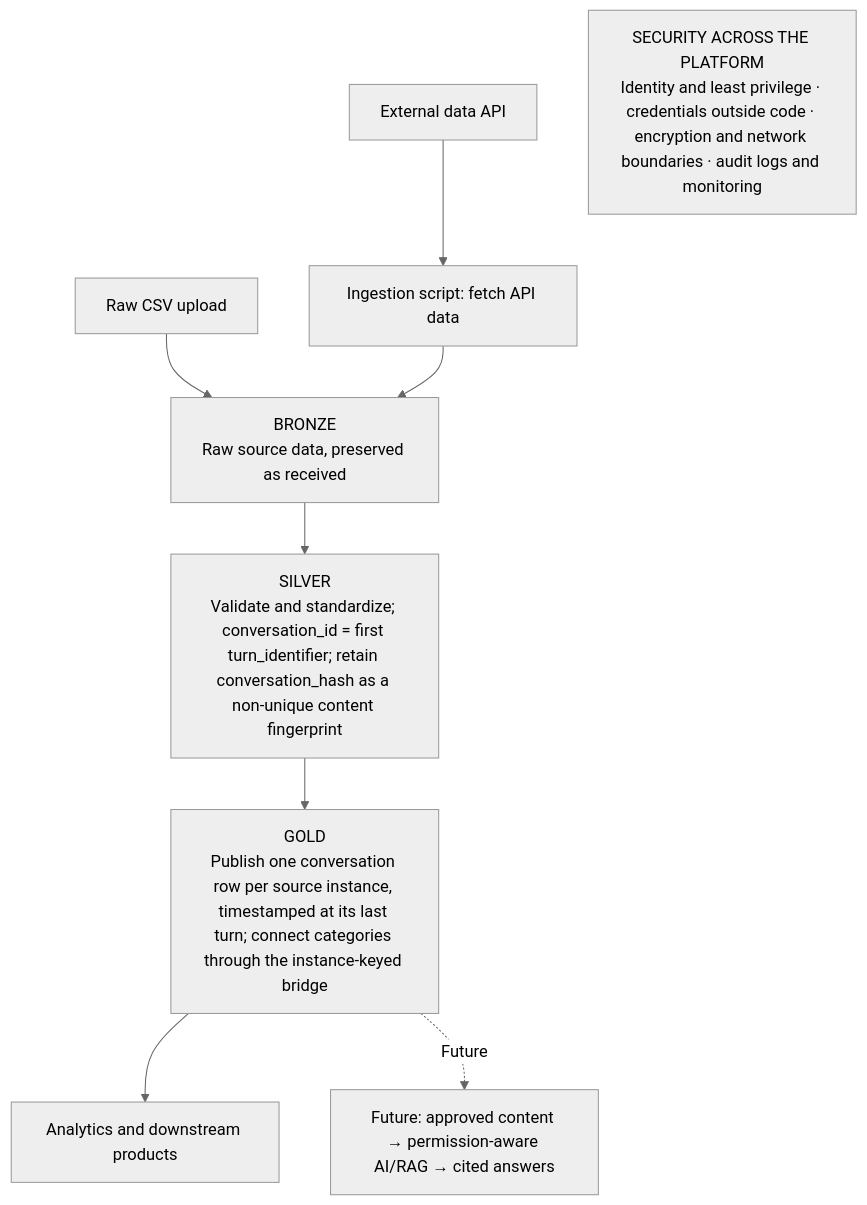
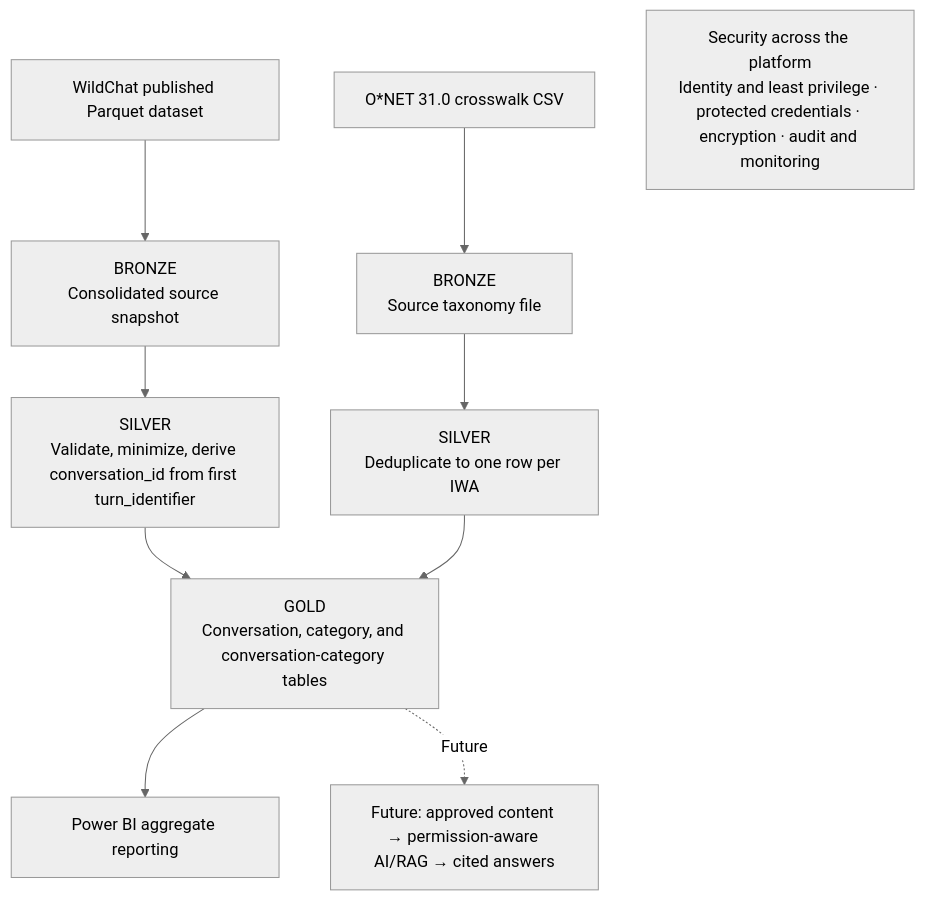
Before and after one commit to brian-amado/secure-ai-data-platform: the diagram in architecture/system-architecture.md, drawn with Mermaid (neutral theme). The commit also changed other lines of this file and 5 other files, not shown here.

````diff
--- a/architecture/system-architecture.md
+++ b/architecture/system-architecture.md
@@ -5,13 +5,12 @@
-```mermaid
+~~~mermaid
 flowchart TD
-    API[External data API] --> Ingest["Ingestion script: fetch API data"]
-    CSV[Raw CSV upload] --> Bronze
-    Ingest --> Bronze["BRONZE<br/>Raw source data, preserved as received"]
-    Bronze --> Silver["SILVER<br/>Validate and standardize; conversation_id = first turn_identifier; retain conversation_hash as a non-unique content fingerprint"]
-    Silver --> Gold["GOLD<br/>Publish one conversation row per source instance, timestamped at its last turn; connect categories through the instance-keyed bridge"]
-    Gold --> Consumers[Analytics and downstream products]
-
-    Gold -. Future .-> AIRAG["Future: approved content → permission-aware AI/RAG → cited answers"]
-
-    Controls["SECURITY ACROSS THE PLATFORM<br/>Identity and least privilege · credentials outside code · encryption and network boundaries · audit logs and monitoring"]
-```
+    WildChat["WildChat published Parquet dataset"] --> WB["BRONZE<br/>Consolidated source snapshot"]
+    ONET["O*NET 31.0 crosswalk CSV"] --> OB["BRONZE<br/>Source taxonomy file"]
+    WB --> WS["SILVER<br/>Validate, minimize, derive conversation_id from first turn_identifier"]
+    OB --> OS["SILVER<br/>Deduplicate to one row per IWA"]
+    WS --> GOLD["GOLD<br/>Conversation, category, and conversation-category tables"]
+    OS --> GOLD
+    GOLD --> Analytics["Power BI aggregate reporting"]
+    GOLD -. Future .-> AIRAG["Future: approved content → permission-aware AI/RAG → cited answers"]
+    Controls["Security across the platform<br/>Identity and least privilege · protected credentials · encryption · audit and monitoring"]
+~~~
````
